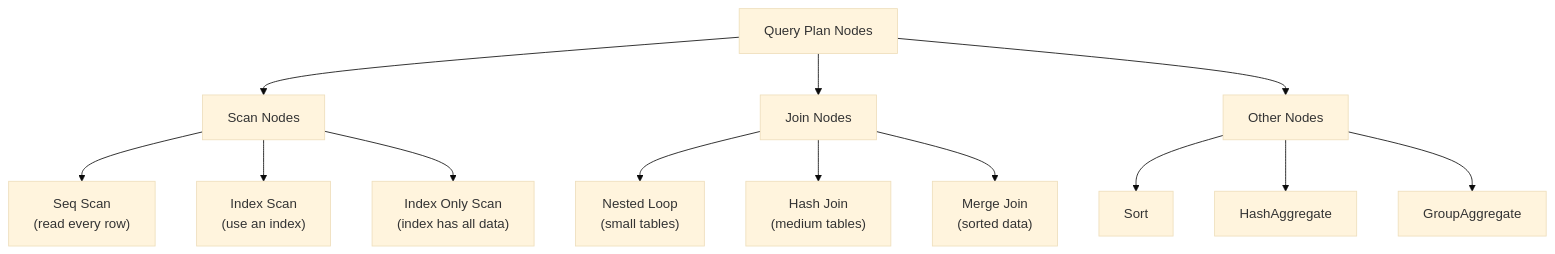
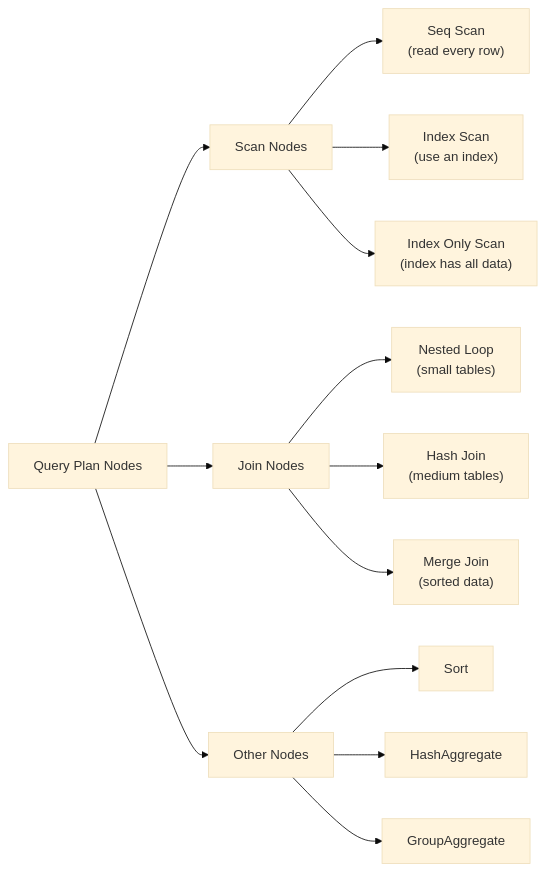
One commit to devomh/comp4098-2026 changed the second of 5 diagrams in week_08/w08_l16_concept_query_performance.md. Above: the diagram before and after it, drawn with Mermaid (base theme). The commit also changed other lines of this file and 2 other files, not shown here.

````diff
--- a/week_08/w08_l16_concept_query_performance.md
+++ b/week_08/w08_l16_concept_query_performance.md
@@ -130,18 +131,18 @@
 ```mermaid
-graph TD
+graph LR
     A[Query Plan Nodes] --> B[Scan Nodes]
     A --> C[Join Nodes]
     A --> D[Other Nodes]
 
     B --> B1["Seq Scan<br/>(read every row)"]
     B --> B2["Index Scan<br/>(use an index)"]
     B --> B3["Index Only Scan<br/>(index has all data)"]
 
     C --> C1["Nested Loop<br/>(small tables)"]
     C --> C2["Hash Join<br/>(medium tables)"]
     C --> C3["Merge Join<br/>(sorted data)"]
 
     D --> D1["Sort"]
     D --> D2["HashAggregate"]
     D --> D3["GroupAggregate"]
 ```
````
